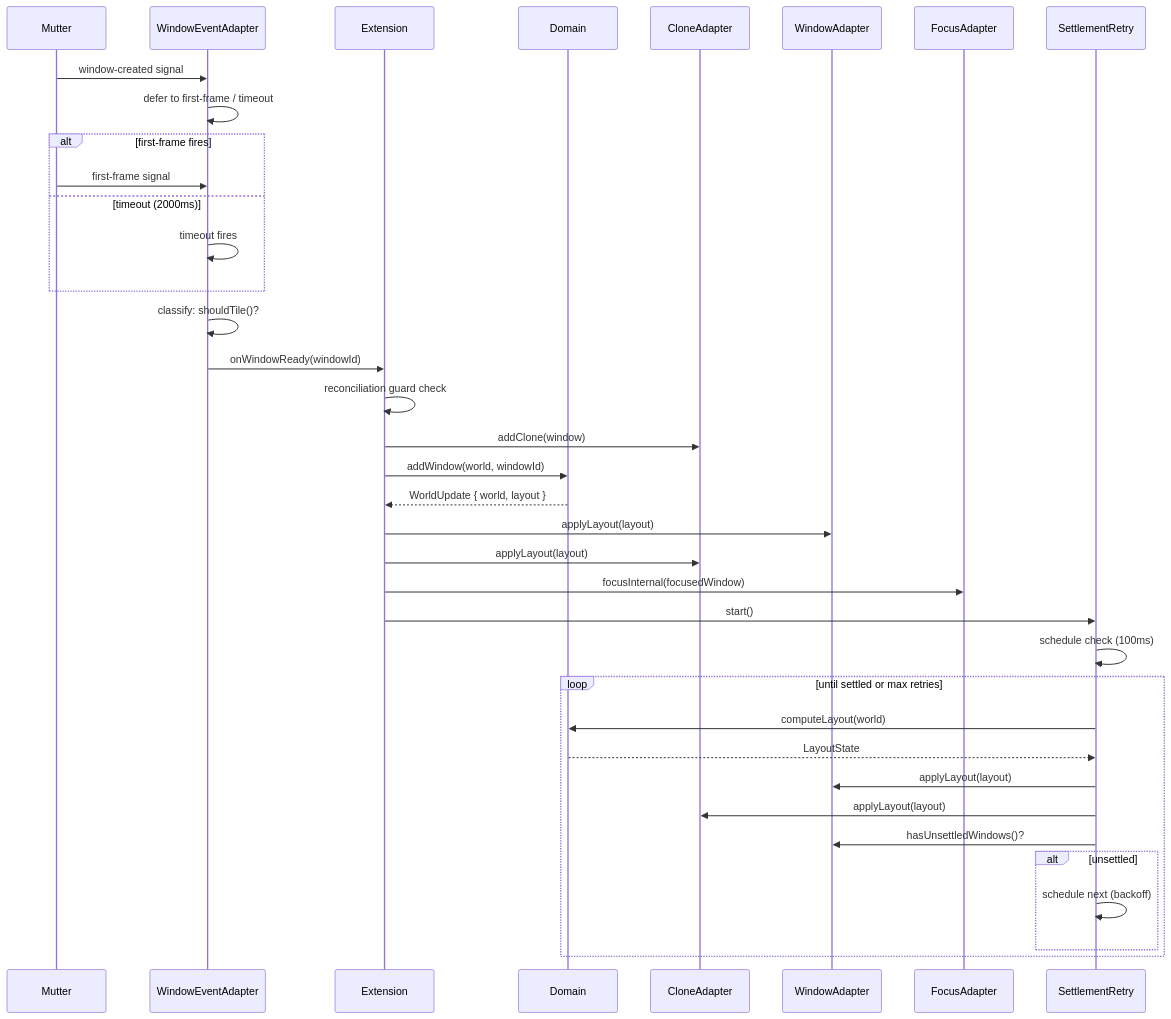
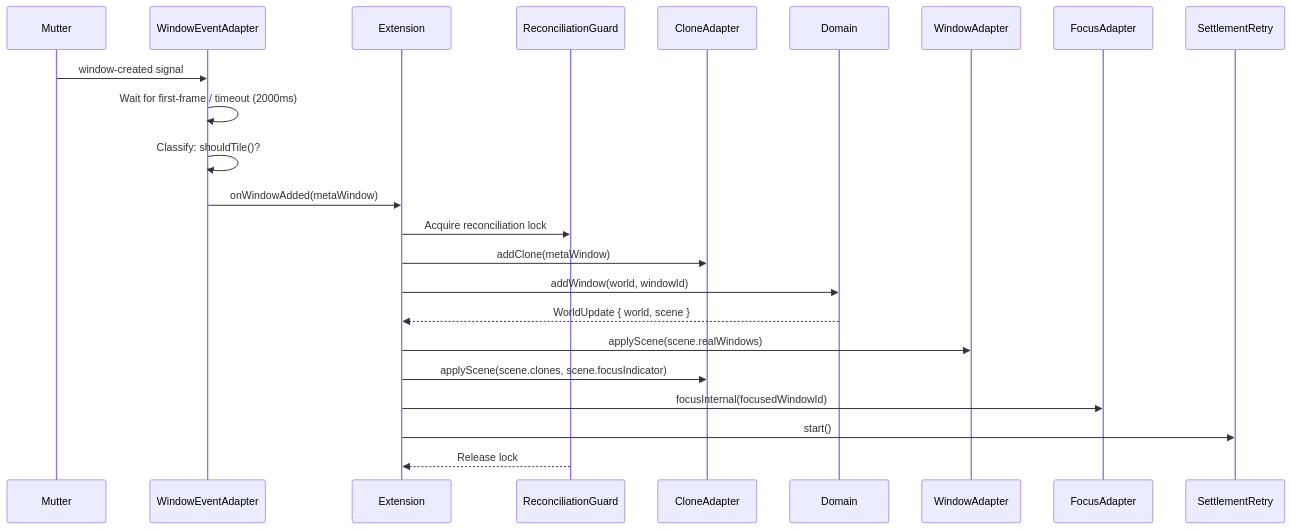
One commit to notiriel/kestrel changed the sixth of 9 diagrams in docs/architecture.md. Above: the diagram before and after it, drawn with Mermaid. The commit also changed other lines of this file and 8 other files, not shown here.

First line of the commit message:
Eliminate LayoutState intermediate type, inline layout into scene computation

````diff
--- a/docs/architecture.md
+++ b/docs/architecture.md
@@ -309,43 +447,26 @@
 ```mermaid
 sequenceDiagram
     participant Mutter
     participant WEA as WindowEventAdapter
     participant Ext as Extension
+    participant Guard as ReconciliationGuard
+    participant Clone as CloneAdapter
     participant Domain
-    participant Clone as CloneAdapter
-    participant WinA as WindowAdapter
+    participant WinAdapt as WindowAdapter
     participant Focus as FocusAdapter
     participant Settle as SettlementRetry
 
     Mutter->>WEA: window-created signal
-    WEA->>WEA: defer to first-frame / timeout
-
-    alt first-frame fires
-        Mutter->>WEA: first-frame signal
-    else timeout (2000ms)
-        WEA->>WEA: timeout fires
-    end
-
-    WEA->>WEA: classify: shouldTile()?
-    WEA->>Ext: onWindowReady(windowId)
-    Ext->>Ext: reconciliation guard check
-    Ext->>Clone: addClone(window)
+    WEA->>WEA: Wait for first-frame / timeout (2000ms)
+    WEA->>WEA: Classify: shouldTile()?
+    WEA->>Ext: onWindowAdded(metaWindow)
+    Ext->>Guard: Acquire reconciliation lock
+    Ext->>Clone: addClone(metaWindow)
     Ext->>Domain: addWindow(world, windowId)
-    Domain-->>Ext: WorldUpdate { world, layout }
-    Ext->>WinA: applyLayout(layout)
-    Ext->>Clone: applyLayout(layout)
-    Ext->>Focus: focusInternal(focusedWindow)
+    Domain-->>Ext: WorldUpdate { world, scene }
+    Ext->>WinAdapt: applyScene(scene.realWindows)
+    Ext->>Clone: applyScene(scene.clones, scene.focusIndicator)
+    Ext->>Focus: focusInternal(focusedWindowId)
     Ext->>Settle: start()
-    Settle->>Settle: schedule check (100ms)
-
-    loop until settled or max retries
-        Settle->>Domain: computeLayout(world)
-        Domain-->>Settle: LayoutState
-        Settle->>WinA: applyLayout(layout)
-        Settle->>Clone: applyLayout(layout)
-        Settle->>WinA: hasUnsettledWindows()?
-        alt unsettled
-            Settle->>Settle: schedule next (backoff)
-        end
-    end
+    Guard-->>Ext: Release lock
 ```
````
